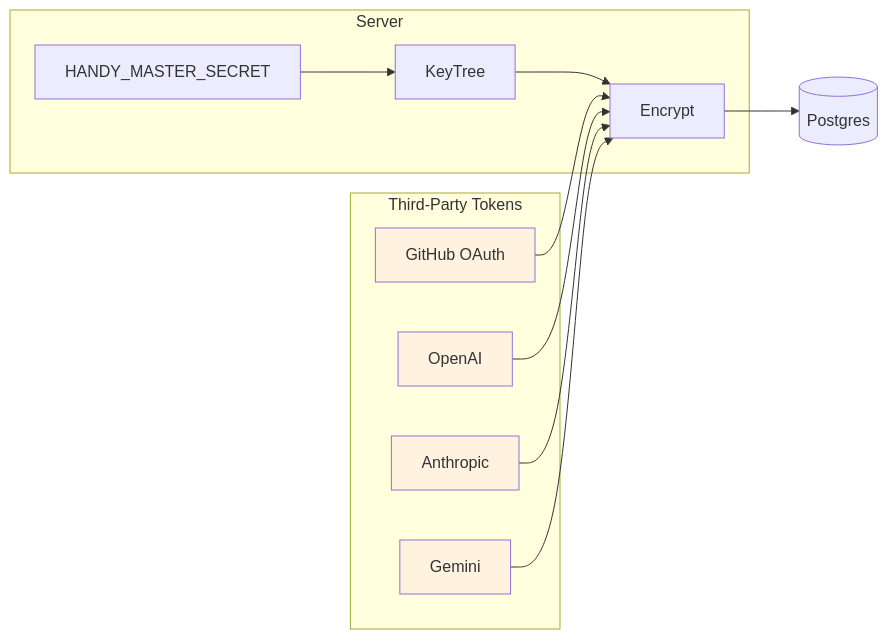
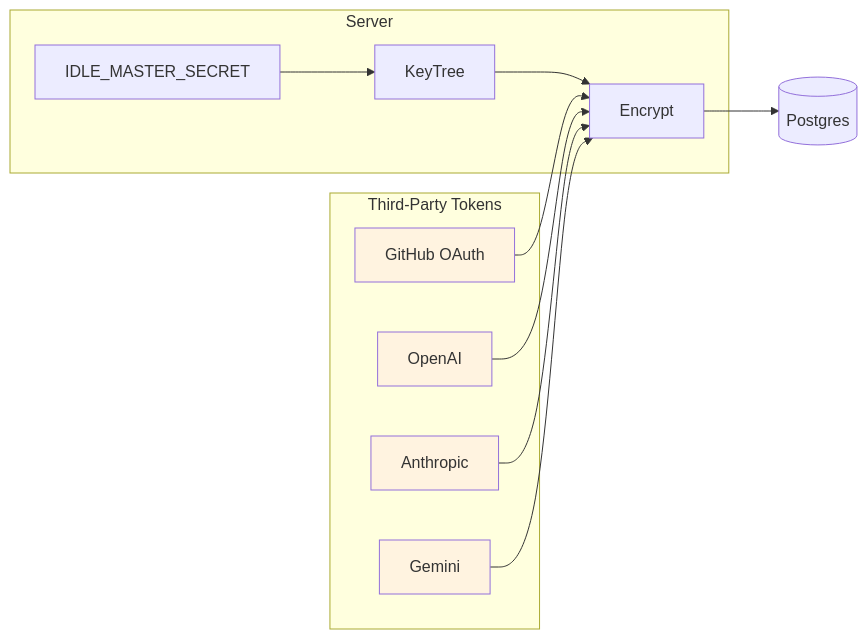
One commit to tomstetson/idle changed diagram 11 of 12 in docs/encryption.md. Above: the diagram before and after it, drawn with Mermaid. The commit also changed other lines of this file and 23 other files, not shown here.

First line of the commit message:
refactor: point all URLs to api.idle.northglass.io, rename HANDY_MASTER_SECRET

````diff
--- a/docs/encryption.md
+++ b/docs/encryption.md
@@ -488,25 +488,25 @@
 ```mermaid
 graph LR
     subgraph "Third-Party Tokens"
         GH[GitHub OAuth]
         OAI[OpenAI]
         ANT[Anthropic]
         GEM[Gemini]
     end
 
     subgraph "Server"
-        Secret[HANDY_MASTER_SECRET]
+        Secret[IDLE_MASTER_SECRET]
         KeyTree[KeyTree]
         Encrypt[Encrypt]
     end
 
     DB[(Postgres)]
 
     Secret --> KeyTree --> Encrypt
     GH & OAI & ANT & GEM --> Encrypt --> DB
 
     style GH fill:#fff3e0
     style OAI fill:#fff3e0
     style ANT fill:#fff3e0
     style GEM fill:#fff3e0
 ```
````
